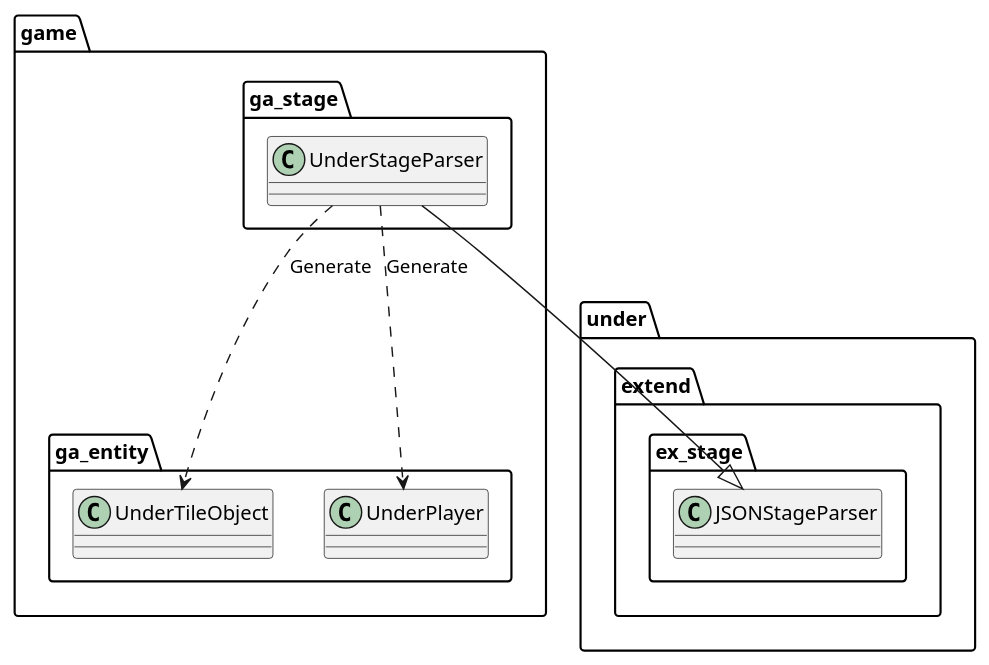
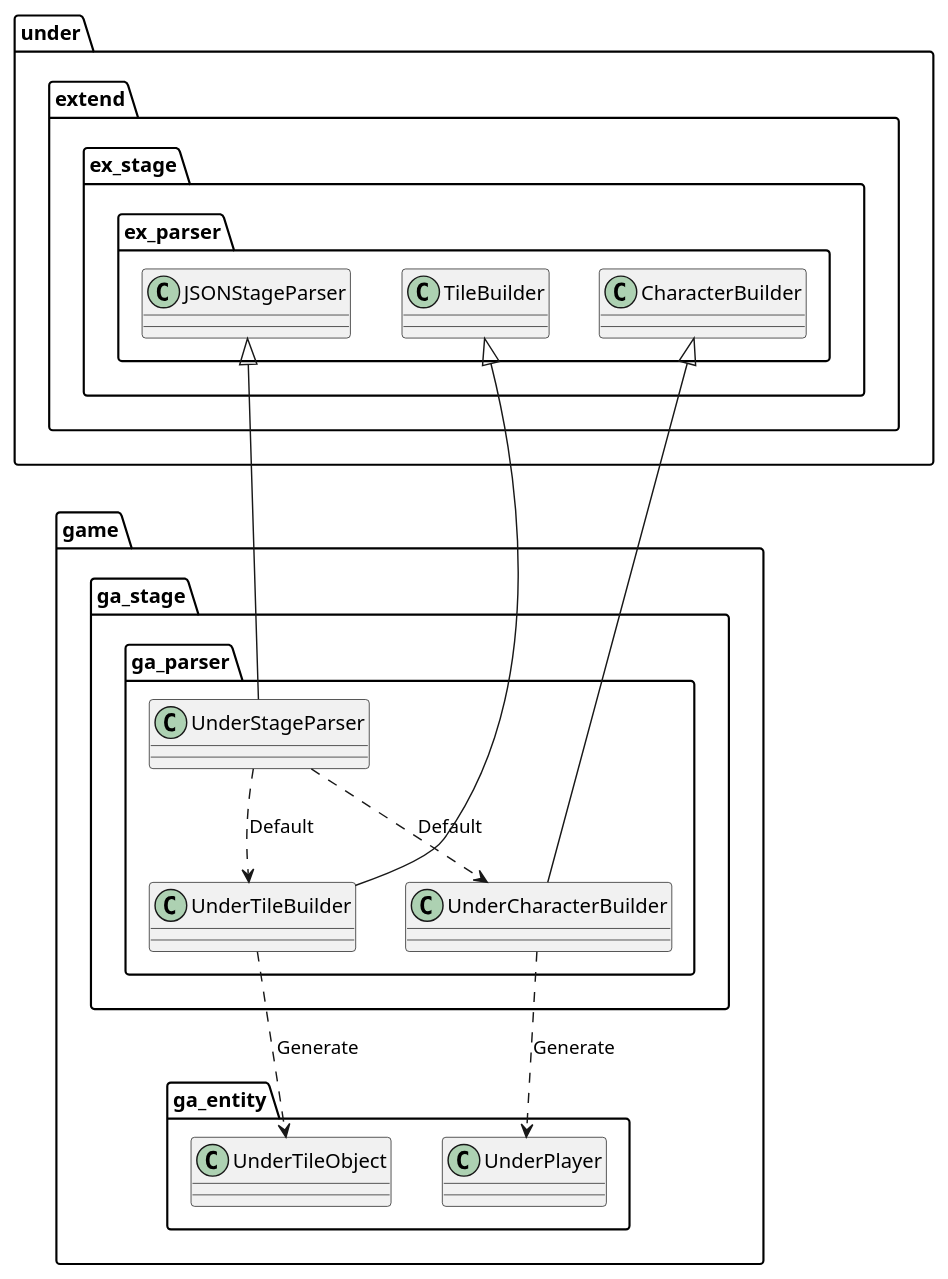
Before and after one commit to Expine/Under: the diagram in uml/stage/Game.wsd, drawn with PlantUML. The commit also changed 21 other files, not shown here.

```diff
--- a/uml/stage/Game.wsd
+++ b/uml/stage/Game.wsd
@@ -1,29 +1,41 @@
 @startuml StageGame
 
 package game {
     package ga_stage {
-        class UnderStageParser
+        package ga_parser {
+            class UnderStageParser
+            class UnderTileBuilder
+            class UnderCharacterBuilder
+        }
     }
 }
 
 package game {
     package ga_entity {
         class UnderTileObject
         class UnderPlayer
     }
 }
 
 package under {
     package extend {
         package ex_stage {
-            class JSONStageParser
+            package ex_parser {
+                class JSONStageParser
+                class TileBuilder
+                class CharacterBuilder
+            }
         }
     }
 }
 
-UnderStageParser ..> UnderTileObject : Generate
-UnderStageParser ..> UnderPlayer : Generate
+UnderStageParser ..> UnderTileBuilder : "Default"
+UnderStageParser ..> UnderCharacterBuilder : "Default"
+UnderTileBuilder ..> UnderTileObject : Generate
+UnderCharacterBuilder ..> UnderPlayer : Generate
 
-UnderStageParser --|> JSONStageParser
+JSONStageParser <|-- UnderStageParser
+TileBuilder <|-- UnderTileBuilder
+CharacterBuilder <|-- UnderCharacterBuilder
 
 @enduml
```
